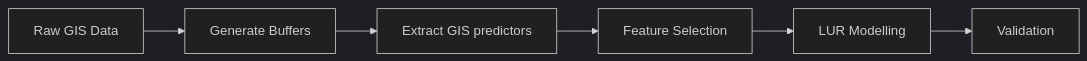
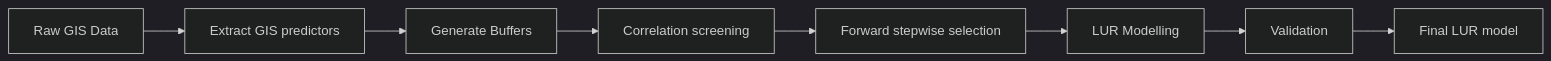
Before and after one commit to adithirgis/code_examples: the diagram in index.qmd, drawn with Mermaid (dark theme). The commit also changed other lines of this file and 2 other files, not shown here.

````diff
--- a/index.qmd
+++ b/index.qmd
@@ -206,16 +206,20 @@
 ```{mermaid}
 graph LR
 
 A[Raw GIS Data]
-B[Generate Buffers]
-C[Extract GIS predictors]
-D[Feature Selection]
-E[LUR Modelling]
-F[Validation]
+B[Extract GIS predictors]
+C[Generate Buffers]
+D[Correlation screening]
+E[Forward stepwise selection]
+F[LUR Modelling]
+G[Validation]
+H[Final LUR model]
 
 A --> B
 B --> C
 C --> D
 D --> E
 E --> F
+F --> G
+G --> H
 ```
````
